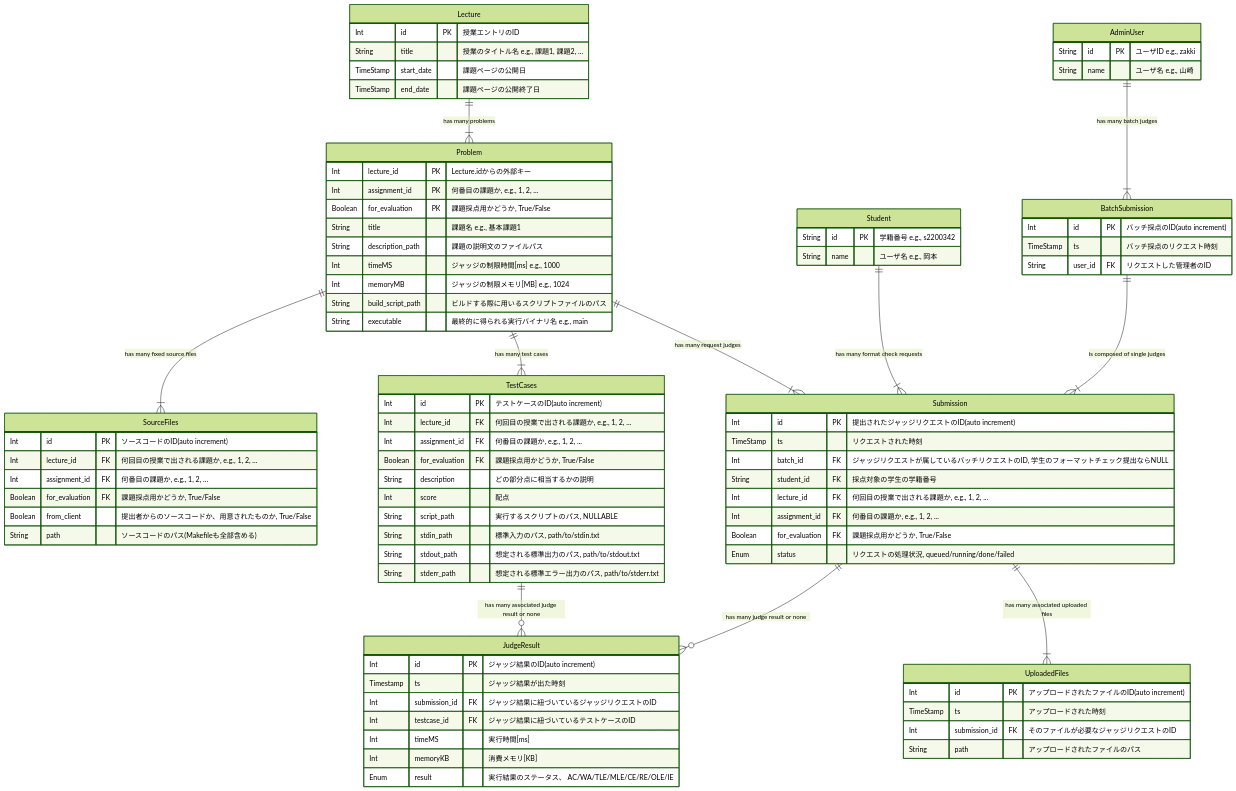
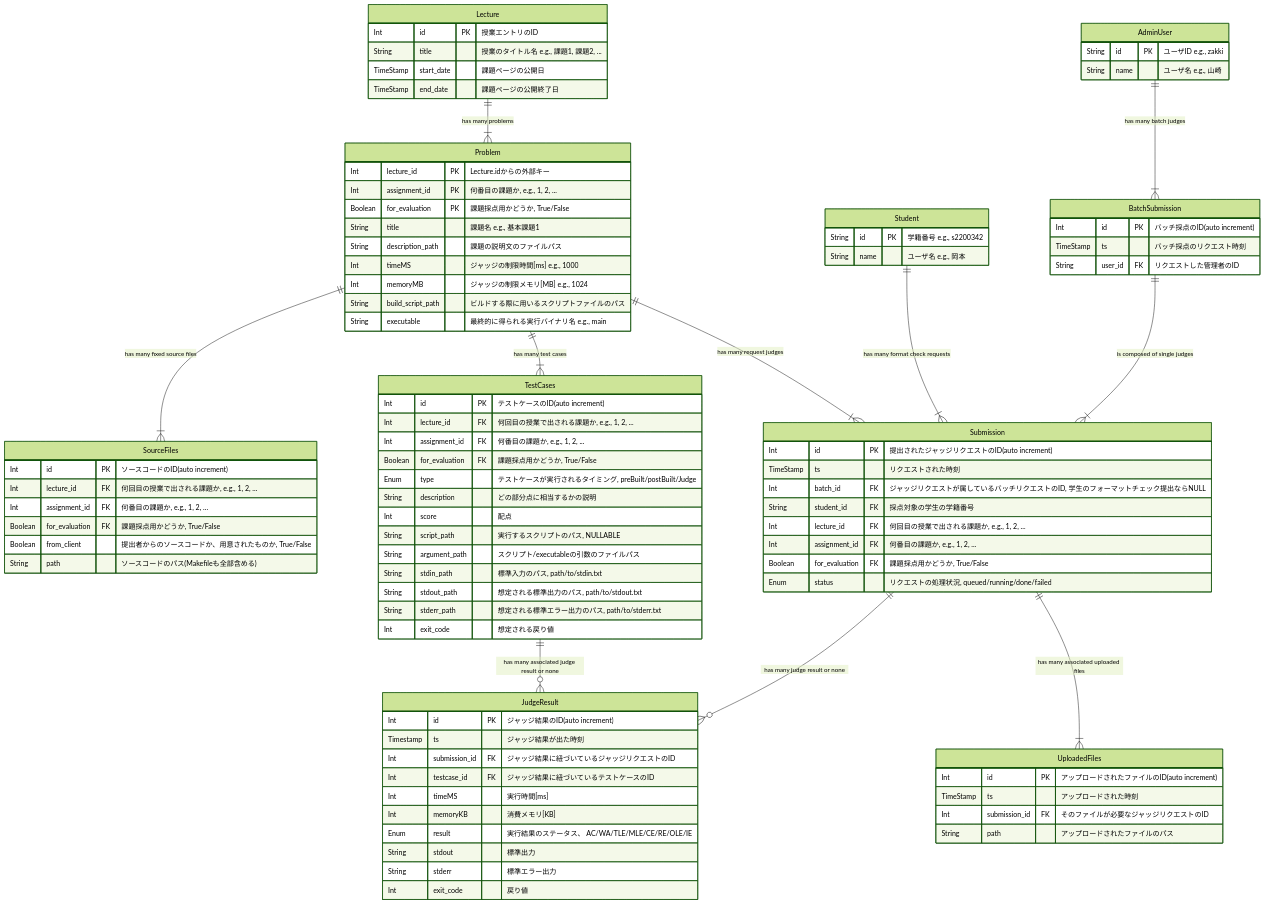
One commit to takoyaki65/dsa-judge-server changed the diagram in README.md. Above: the diagram before and after it, drawn with Mermaid (forest theme).

Commit message:
テーブルのスキーマを変更

```diff
--- a/README.md
+++ b/README.md
@@ -39,12 +39,15 @@
 		Int lecture_id FK "何回目の授業で出される課題か, e.g., 1, 2, ..."
 		Int assignment_id FK "何番目の課題か, e.g., 1, 2, ..."
 		Boolean for_evaluation FK "課題採点用かどうか, True/False"
+		Enum type "テストケースが実行されるタイミング, preBuilt/postBuilt/Judge"
 		String description "どの部分点に相当するかの説明"
 		Int score "配点"
 		String script_path "実行するスクリプトのパス, NULLABLE"
+		String argument_path  "スクリプト/executableの引数のファイルパス"
 		String stdin_path "標準入力のパス, path/to/stdin.txt"
 		String stdout_path "想定される標準出力のパス, path/to/stdout.txt"
 		String stderr_path "想定される標準エラー出力のパス, path/to/stderr.txt"
+		Int exit_code "想定される戻り値"
 	}
 	Lecture ||--|{ Problem : "has many problems"
 	Problem ||--|{ SourceFiles : "has many fixed source files"
@@ -87,6 +90,9 @@
 		Int timeMS "実行時間[ms]"
 		Int memoryKB "消費メモリ[KB]"
 		Enum result "実行結果のステータス、 AC/WA/TLE/MLE/CE/RE/OLE/IE"
+		String stdout "標準出力"
+		String stderr "標準エラー出力"
+		Int exit_code "戻り値"
 	}
 	AdminUser ||--|{ BatchSubmission : "has many batch judges"
 	Student ||--|{ Submission : "has many format check requests"
```
